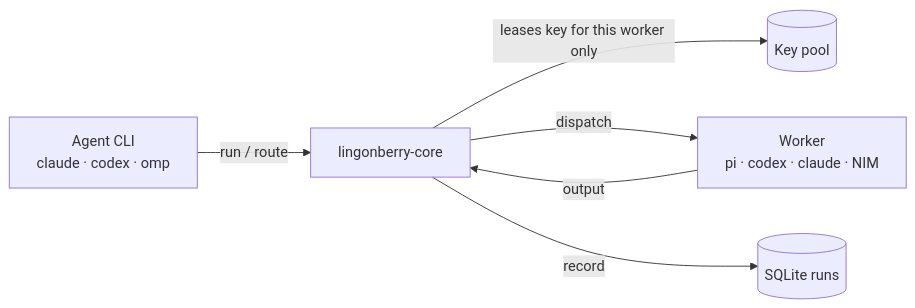
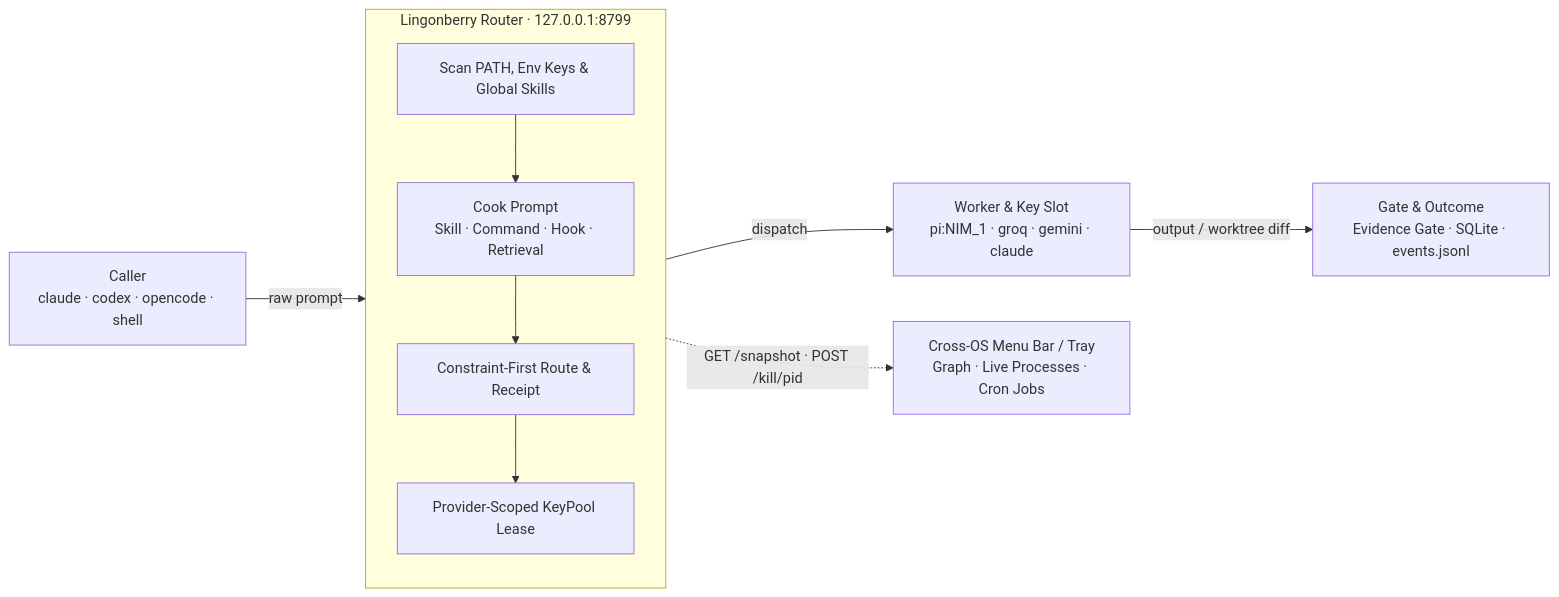
Before and after one commit to brusnyak/lingonberry-router: the diagram in README.md, drawn with Mermaid. The commit also changed other lines of this file and 66 other files, not shown here.

````diff
--- a/README.md
+++ b/README.md
@@ -37,8 +35,13 @@
 ```mermaid
 flowchart LR
-    A[Agent CLI<br/>claude · codex · omp] -->|run / route| R[lingonberry-core]
-    R -->|leases key for this worker only| K[(Key pool)]
-    R -->|dispatch| W[Worker<br/>pi · codex · claude · NIM]
-    W -->|output| R
-    R -->|record| D[(SQLite runs)]
+    C[Caller<br/>claude · codex · opencode · shell] -->|raw prompt| R
+    subgraph R[Lingonberry Router · 127.0.0.1:8799]
+        direction TB
+        S[Scan PATH, Env Keys & Global Skills] --> K[Cook Prompt<br/>Skill · Command · Hook · Retrieval]
+        K --> F[Constraint-First Route & Receipt]
+        F --> L[Provider-Scoped KeyPool Lease]
+    end
+    L -->|dispatch| W[Worker & Key Slot<br/>pi:NIM_1 · groq · gemini · claude]
+    W -->|output / worktree diff| G[Gate & Outcome<br/>Evidence Gate · SQLite · events.jsonl]
+    R -.->|GET /snapshot · POST /kill/pid| M[Cross-OS Menu Bar / Tray<br/>Graph · Live Processes · Cron Jobs]
 ```
````
